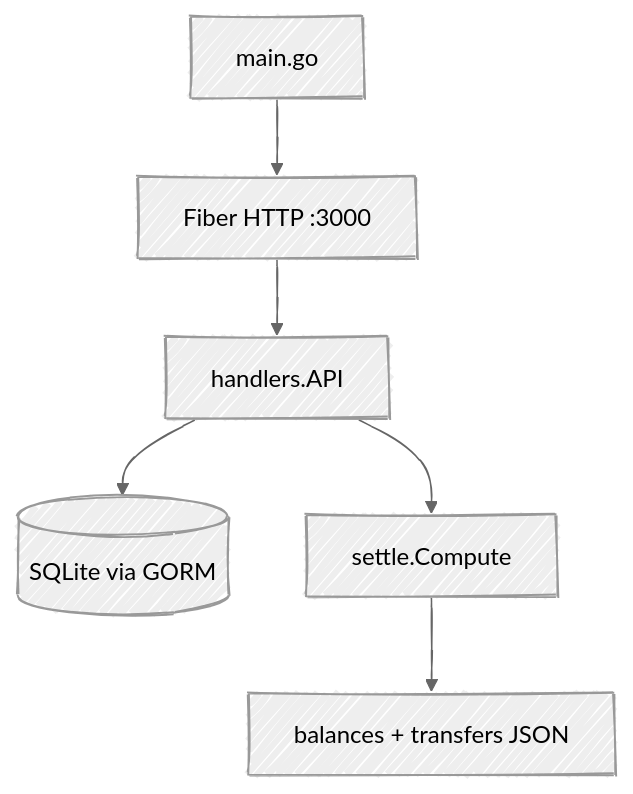
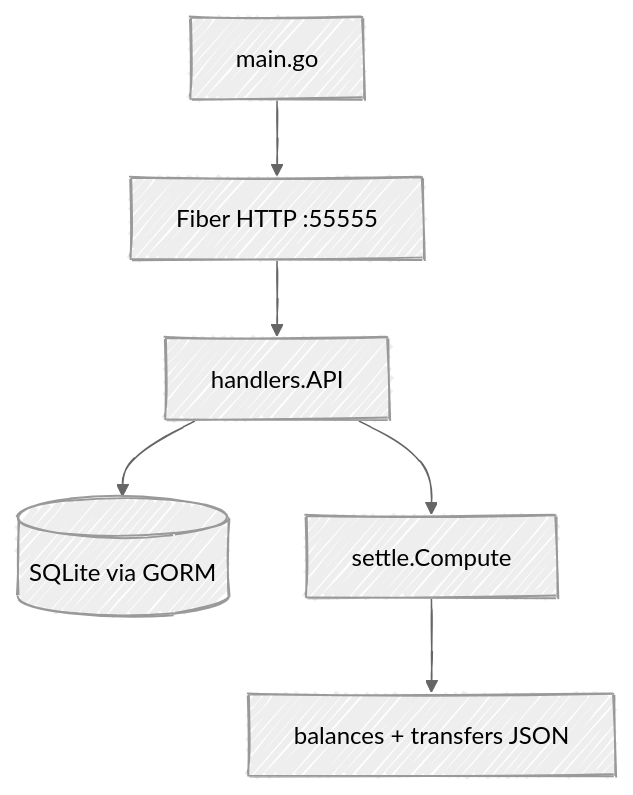
One commit to uona-cmsc501-1-summer2026-nanlin/practicum-project changed the diagram in docs/deliverable2.md. Above: the diagram before and after it, drawn with Mermaid. The commit also changed other lines of this file and 50 other files, not shown here.

````diff
--- a/docs/deliverable2.md
+++ b/docs/deliverable2.md
@@ -38,13 +42,13 @@
 ```mermaid
 ---
 config:
   look: handDrawn
   theme: neutral
 ---
 flowchart TD
-    Main[main.go] --> Fiber[Fiber HTTP :3000]
+    Main[main.go] --> Fiber[Fiber HTTP :55555]
     Fiber --> Handlers[handlers.API]
     Handlers --> DB[(SQLite via GORM)]
     Handlers --> Settle[settle.Compute]
     Settle --> JSON[balances + transfers JSON]
 ```
````
